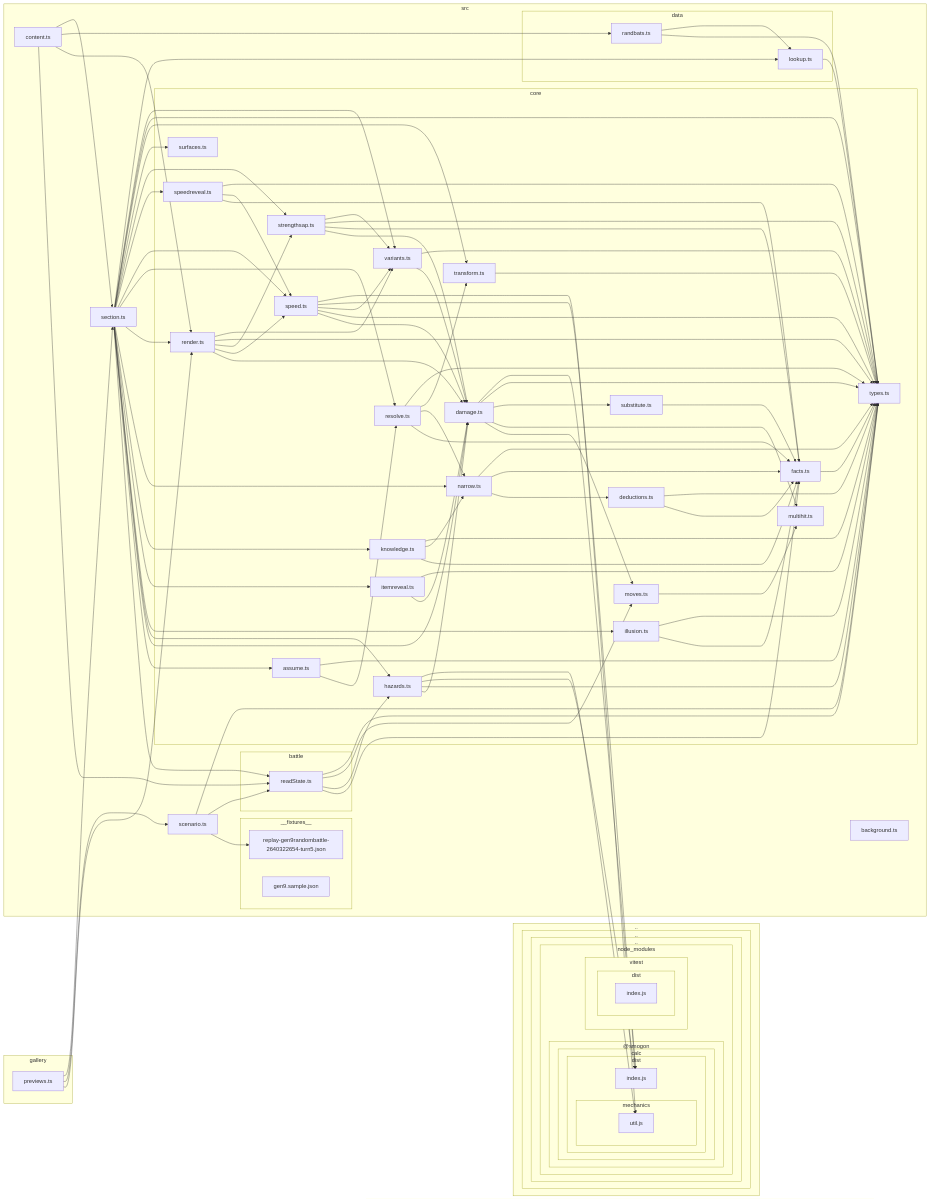
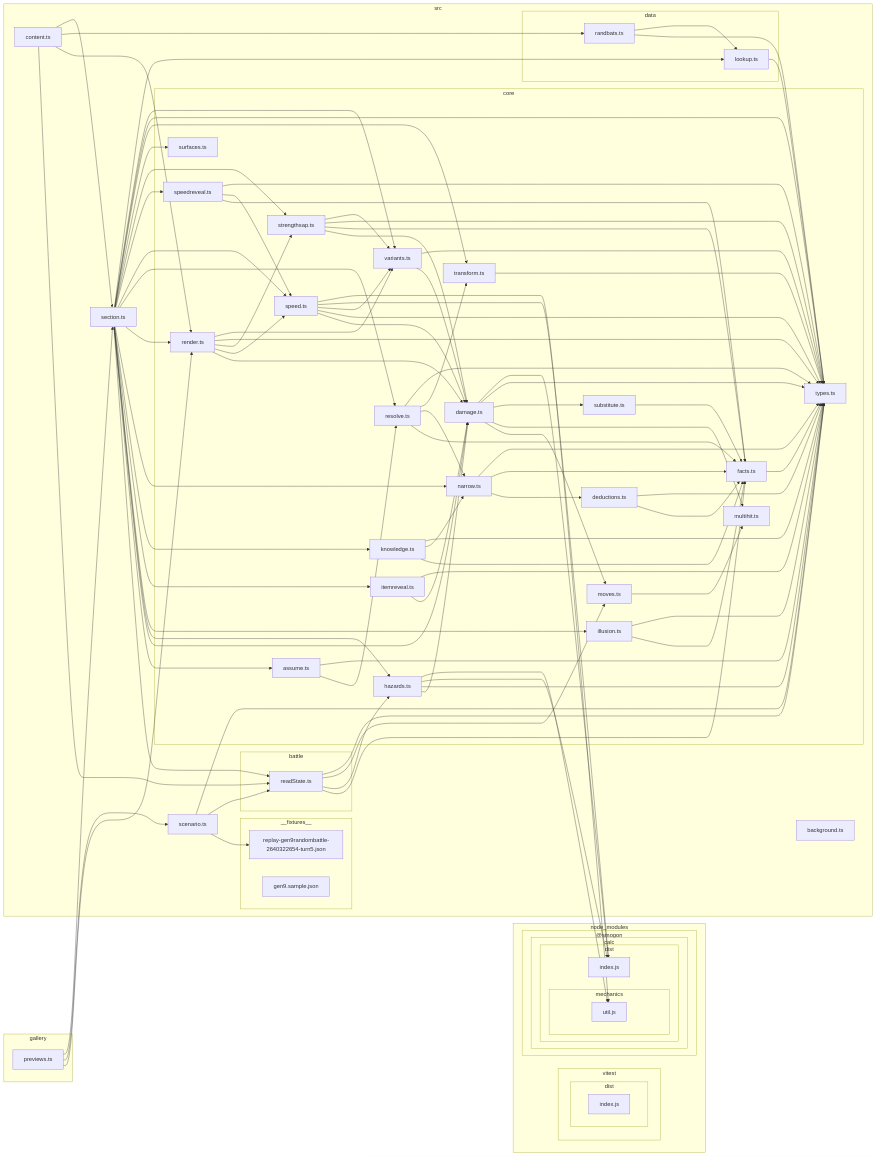
One commit to seanaujong/hi-chu changed the diagram in docs/architecture-graph.md. Above: the diagram before and after it, drawn with Mermaid.

Commit message:
Redraw the module graph without the worktree's path prefix
`npm run graph` resolves modules through the same dependency-cruiser config the
cruise uses, so the generated picture records where `node_modules` actually sits
relative to the cwd. Run from a git worktree that has no `node_modules` of its
own, node walks up and finds the main checkout's three directories above — and
that walk lands in the drawing as `subgraph ".." / ".." / ".."` wrappers around
the whole `@smogon/calc` subtree.

Nothing structural differs: both versions are 34 modules and 85 edges, and every
edge is the same edge. Only the enclosing path boxes moved, which is why
`graph:check` was green locally and red in CI — each was comparing against a
graph drawn from its own layout.

Regenerated with the worktree's own `npm ci` in place, so the committed file is
the one CI draws.

````diff
--- a/docs/architecture-graph.md
+++ b/docs/architecture-graph.md
@@ -23,148 +23,142 @@
 subgraph 3["core"]
 4["render.ts"]
 5["damage.ts"]
-E["moves.ts"]
-F["multihit.ts"]
-G["substitute.ts"]
-H["facts.ts"]
-I["types.ts"]
-J["speed.ts"]
-M["variants.ts"]
-N["strengthsap.ts"]
-T["hazards.ts"]
-V["assume.ts"]
-W["resolve.ts"]
-X["narrow.ts"]
-Y["deductions.ts"]
-Z["transform.ts"]
-10["illusion.ts"]
-11["itemreveal.ts"]
-12["knowledge.ts"]
-13["speedreveal.ts"]
-14["surfaces.ts"]
+B["moves.ts"]
+C["multihit.ts"]
+D["substitute.ts"]
+E["facts.ts"]
+F["types.ts"]
+G["speed.ts"]
+J["variants.ts"]
+K["strengthsap.ts"]
+Q["hazards.ts"]
+S["assume.ts"]
+T["resolve.ts"]
+U["narrow.ts"]
+V["deductions.ts"]
+W["transform.ts"]
+X["illusion.ts"]
+Y["itemreveal.ts"]
+Z["knowledge.ts"]
+10["speedreveal.ts"]
+11["surfaces.ts"]
 end
-O["scenario.ts"]
-subgraph P["__fixtures__"]
-Q["replay-gen9randombattle-2640322654-turn5.json"]
-1D["gen9.sample.json"]
+L["scenario.ts"]
+subgraph M["__fixtures__"]
+N["replay-gen9randombattle-2640322654-turn5.json"]
+1A["gen9.sample.json"]
 end
-subgraph R["battle"]
-S["readState.ts"]
+subgraph O["battle"]
+P["readState.ts"]
 end
-U["section.ts"]
-subgraph 15["data"]
-16["lookup.ts"]
-1C["randbats.ts"]
+R["section.ts"]
+subgraph 12["data"]
+13["lookup.ts"]
+19["randbats.ts"]
 end
-17["background.ts"]
-1B["content.ts"]
+14["background.ts"]
+18["content.ts"]
 end
-subgraph 6[".."]
-subgraph 7[".."]
-subgraph 8[".."]
-subgraph 9["node_modules"]
-subgraph A["@smogon"]
-subgraph B["calc"]
-subgraph C["dist"]
-D["index.js"]
-subgraph K["mechanics"]
-L["util.js"]
+subgraph 6["node_modules"]
+subgraph 7["@smogon"]
+subgraph 8["calc"]
+subgraph 9["dist"]
+A["index.js"]
+subgraph H["mechanics"]
+I["util.js"]
 end
 end
 end
 end
-subgraph 18["vitest"]
-subgraph 19["dist"]
-1A["index.js"]
-end
-end
-end
+subgraph 15["vitest"]
+subgraph 16["dist"]
+17["index.js"]
 end
 end
 end
 1-->4
-1-->O
-1-->U
+1-->L
+1-->R
 4-->5
+4-->G
+4-->K
+4-->F
 4-->J
-4-->N
-4-->I
-4-->M
-5-->E
+5-->B
+5-->C
+5-->D
 5-->F
-5-->G
-5-->I
-5-->D
+5-->A
+B-->C
+D-->E
 E-->F
-G-->H
-H-->I
+G-->5
+G-->F
+G-->J
+G-->A
+G-->I
 J-->5
-J-->I
-J-->M
-J-->D
-J-->L
-M-->5
-M-->I
-N-->5
-N-->H
-N-->I
-N-->M
-O-->Q
-O-->S
-O-->I
-S-->H
+J-->F
+K-->5
+K-->E
+K-->F
+K-->J
+L-->N
+L-->P
+L-->F
+P-->E
+P-->Q
+P-->B
+P-->F
+Q-->5
+Q-->F
+Q-->A
+Q-->I
+R-->P
+R-->S
+R-->5
+R-->Q
+R-->X
+R-->Y
+R-->Z
+R-->U
+R-->4
+R-->T
+R-->G
+R-->10
+R-->K
+R-->11
+R-->W
+R-->F
+R-->J
+R-->13
 S-->T
-S-->E
-S-->I
-T-->5
-T-->I
-T-->D
-T-->L
-U-->S
+S-->F
+T-->E
+T-->U
+T-->W
+T-->F
 U-->V
-U-->5
-U-->T
-U-->10
-U-->11
-U-->12
-U-->X
-U-->4
-U-->W
-U-->J
-U-->13
-U-->N
-U-->14
-U-->Z
-U-->I
-U-->M
-U-->16
-V-->W
-V-->I
-W-->H
-W-->X
-W-->Z
-W-->I
-X-->Y
-X-->H
-X-->I
-Y-->H
-Y-->I
-Z-->I
-10-->H
-10-->I
-11-->5
-11-->I
-12-->H
-12-->X
-12-->I
-13-->H
-13-->J
-13-->I
-16-->I
-1B-->S
-1B-->4
-1B-->1C
-1B-->U
-1C-->I
-1C-->16
+U-->E
+U-->F
+V-->E
+V-->F
+W-->F
+X-->E
+X-->F
+Y-->5
+Y-->F
+Z-->E
+Z-->U
+Z-->F
+10-->E
+10-->G
+10-->F
+13-->F
+18-->P
+18-->4
+18-->19
+18-->R
+19-->F
+19-->13
 ```
````
